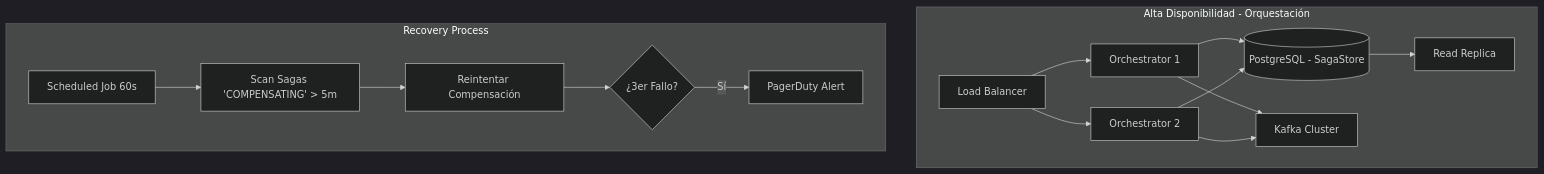
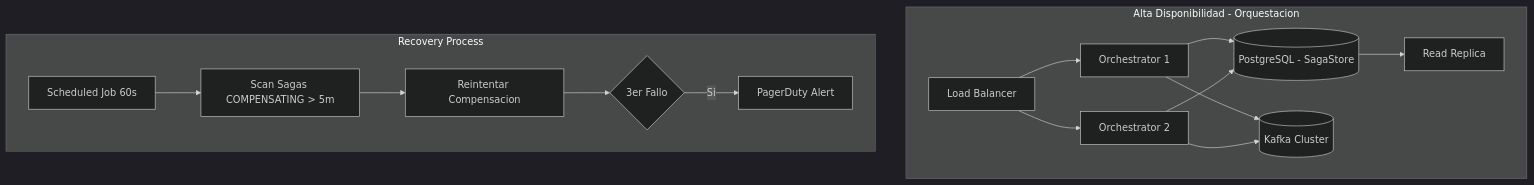
The fourth of 5 diagrams in 02_Arquitectura/saga_pattern_orquestacion_vs_coreografia_con_java_21_STAFF.md (Joaquinriosheredia/DAM-Java-Mastery), drawn with Mermaid (dark theme) before and after one commit. The commit also changed other lines of this file, not shown here.

Commit message:
saga_pattern_orquestacion_vs_coreografia_con_java_21_STAFF.md

````diff
--- a/02_Arquitectura/saga_pattern_orquestacion_vs_coreografia_con_java_21_STAFF.md
+++ b/02_Arquitectura/saga_pattern_orquestacion_vs_coreografia_con_java_21_STAFF.md
@@ -426,19 +576,19 @@
 ```mermaid
 graph TD
-    subgraph "Alta Disponibilidad - Orquestación"
+    subgraph "Alta Disponibilidad - Orquestacion"
         LB[Load Balancer] --> O1[Orchestrator 1]
         LB --> O2[Orchestrator 2]
         O1 --> DB[(PostgreSQL - SagaStore)]
         O2 --> DB
         DB --> REPLICA[Read Replica]
-        O1 --> KAFKA[Kafka Cluster]
+        O1 --> KAFKA[(Kafka Cluster)]
         O2 --> KAFKA
     end
     
     subgraph "Recovery Process"
-        CRON[Scheduled Job 60s] --> SCAN[Scan Sagas 'COMPENSATING' > 5m]
-        SCAN --> RETRY[Reintentar Compensación]
-        RETRY --> ALERT{¿3er Fallo?}
-        ALERT -->|Sí| PAGER[PagerDuty Alert]
+        CRON[Scheduled Job 60s] --> SCAN[Scan Sagas COMPENSATING > 5m]
+        SCAN --> RETRY[Reintentar Compensacion]
+        RETRY --> ALERT{3er Fallo}
+        ALERT -->|Si| PAGER[PagerDuty Alert]
     end
 ```
````
